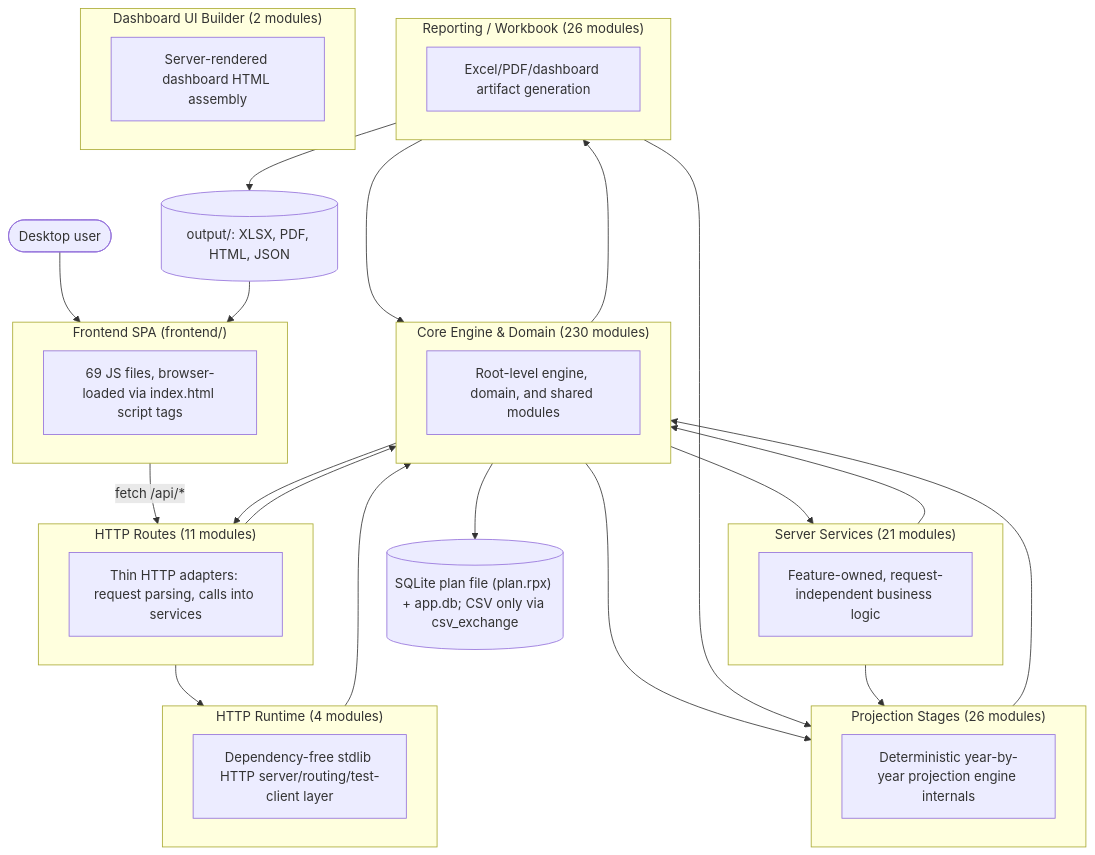
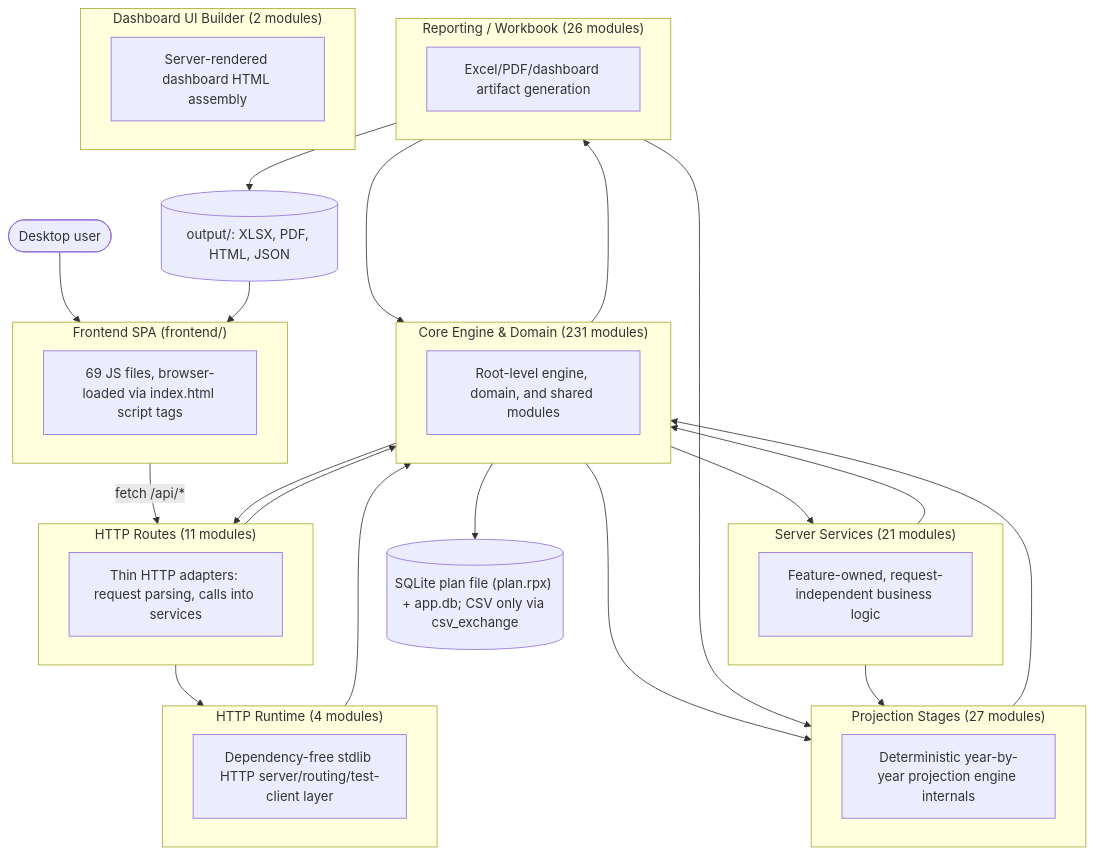
The first of 2 diagrams in documentation/reference/SYSTEM_ARCHITECTURE_DIAGRAM.md (matthartzman/retirement_system), drawn with Mermaid before and after one commit. The commit also changed other lines of this file and 6 other files, not shown here.

````diff
--- a/documentation/reference/SYSTEM_ARCHITECTURE_DIAGRAM.md
+++ b/documentation/reference/SYSTEM_ARCHITECTURE_DIAGRAM.md
@@ -11,44 +11,44 @@
 ```mermaid
 flowchart TB
     User(["Desktop user"]) --> FE
     subgraph FE["Frontend SPA (frontend/)"]
         FEcount["69 JS files, browser-loaded via index.html script tags"]
     end
     FE -->|fetch /api/*| L_HTTP_Routes
     subgraph L_HTTP_Routes["HTTP Routes (11 modules)"]
         L_HTTP_Routes_d["Thin HTTP adapters: request parsing, calls into services"]
     end
     subgraph L_Server_Services["Server Services (21 modules)"]
         L_Server_Services_d["Feature-owned, request-independent business logic"]
     end
     subgraph L_HTTP_Runtime["HTTP Runtime (4 modules)"]
         L_HTTP_Runtime_d["Dependency-free stdlib HTTP server/routing/test-client layer"]
     end
-    subgraph L_Core_Engine___Domain["Core Engine & Domain (230 modules)"]
+    subgraph L_Core_Engine___Domain["Core Engine & Domain (231 modules)"]
         L_Core_Engine___Domain_d["Root-level engine, domain, and shared modules"]
     end
-    subgraph L_Projection_Stages["Projection Stages (26 modules)"]
+    subgraph L_Projection_Stages["Projection Stages (27 modules)"]
         L_Projection_Stages_d["Deterministic year-by-year projection engine internals"]
     end
     subgraph L_Reporting___Workbook["Reporting / Workbook (26 modules)"]
         L_Reporting___Workbook_d["Excel/PDF/dashboard artifact generation"]
     end
     subgraph L_Dashboard_UI_Builder["Dashboard UI Builder (2 modules)"]
         L_Dashboard_UI_Builder_d["Server-rendered dashboard HTML assembly"]
     end
     L_Core_Engine___Domain --> L_HTTP_Routes
     L_Core_Engine___Domain --> L_Projection_Stages
     L_Core_Engine___Domain --> L_Reporting___Workbook
     L_Core_Engine___Domain --> L_Server_Services
     L_HTTP_Routes --> L_Core_Engine___Domain
     L_HTTP_Routes --> L_HTTP_Runtime
     L_HTTP_Runtime --> L_Core_Engine___Domain
     L_Projection_Stages --> L_Core_Engine___Domain
     L_Reporting___Workbook --> L_Core_Engine___Domain
     L_Reporting___Workbook --> L_Projection_Stages
     L_Server_Services --> L_Core_Engine___Domain
     L_Server_Services --> L_Projection_Stages
     L_Core_Engine___Domain --> DB[("SQLite plan file (plan.rpx) + app.db; CSV only via csv_exchange")]
     L_Reporting___Workbook --> Outputs[("output/: XLSX, PDF, HTML, JSON")]
     Outputs --> FE
 ```
````
